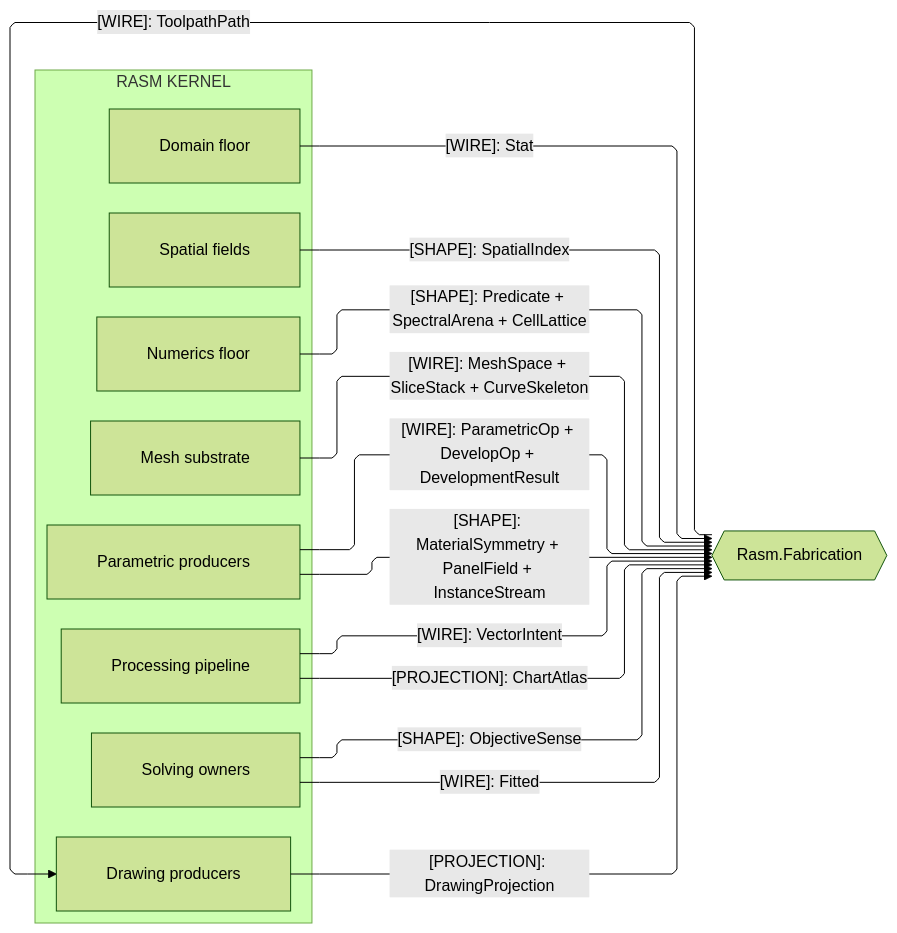
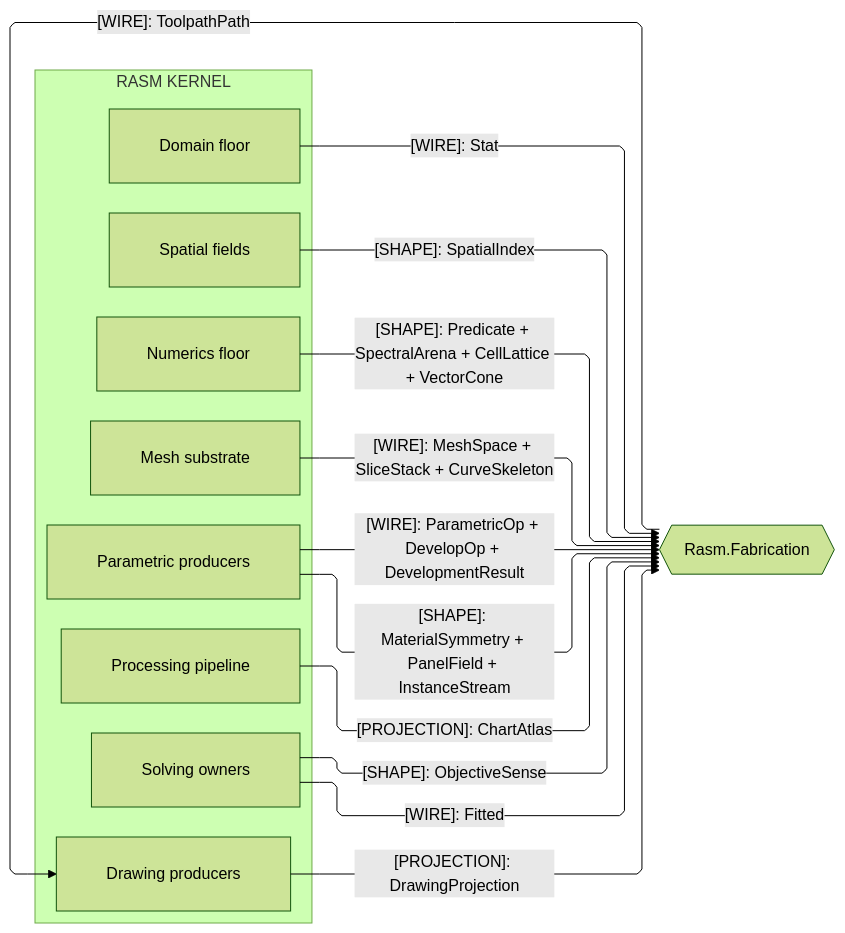
The third of 4 diagrams in libs/dotnet/Rasm/ARCHITECTURE.md (bsamiee/Rasm), drawn with Mermaid (forest theme) before and after one commit. The commit also changed other lines of this file and 68 other files, not shown here.

First line of the commit message:
spec: drain the Processing and Solving audits — delete the intent facade, collapse wrappers, and land package-depth folds

````diff
--- a/libs/dotnet/Rasm/ARCHITECTURE.md
+++ b/libs/dotnet/Rasm/ARCHITECTURE.md
@@ -246,35 +245,34 @@
 ```mermaid
 ---
 config:
   layout: elk
   flowchart:
     curve: linear
     padding: 25
 ---
 flowchart LR
     accTitle: Kernel fabrication boundaries
     accDescr: Kernel owners projecting substrate, algorithm, and drawing shapes to the fabrication peer and reading its posted toolpath pack back.
     subgraph rasm[RASM KERNEL]
         Domain[Domain floor]
         Spatial[Spatial fields]
         Numerics[Numerics floor]
         Meshing[Mesh substrate]
         Parametric[Parametric producers]
         Processing[Processing pipeline]
         Solving[Solving owners]
         Drawing[Drawing producers]
     end
     Fabrication{{Rasm.Fabrication}}
     Domain e1@-->|"[WIRE]: Stat"| Fabrication
     Spatial e2@-->|"[SHAPE]: SpatialIndex"| Fabrication
-    Numerics e3@-->|"[SHAPE]: Predicate + SpectralArena + CellLattice"| Fabrication
+    Numerics e3@-->|"[SHAPE]: Predicate + SpectralArena + CellLattice + VectorCone"| Fabrication
     Meshing e4@-->|"[WIRE]: MeshSpace + SliceStack + CurveSkeleton"| Fabrication
     Parametric e5@-->|"[WIRE]: ParametricOp + DevelopOp + DevelopmentResult"| Fabrication
     Parametric e12@-->|"[SHAPE]: MaterialSymmetry + PanelField + InstanceStream"| Fabrication
-    Processing e6@-->|"[WIRE]: VectorIntent"| Fabrication
     Processing e7@-->|"[PROJECTION]: ChartAtlas"| Fabrication
     Solving e8@-->|"[SHAPE]: ObjectiveSense"| Fabrication
     Solving e9@-->|"[WIRE]: Fitted"| Fabrication
     Drawing e10@-->|"[PROJECTION]: DrawingProjection"| Fabrication
     Fabrication e11@-->|"[WIRE]: ToolpathPath"| Drawing
 ```
````
